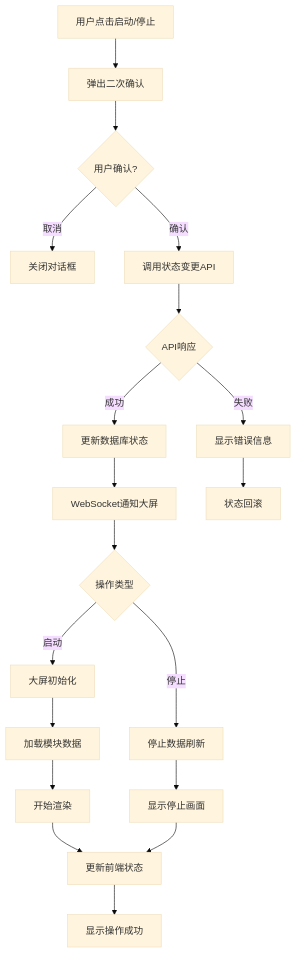
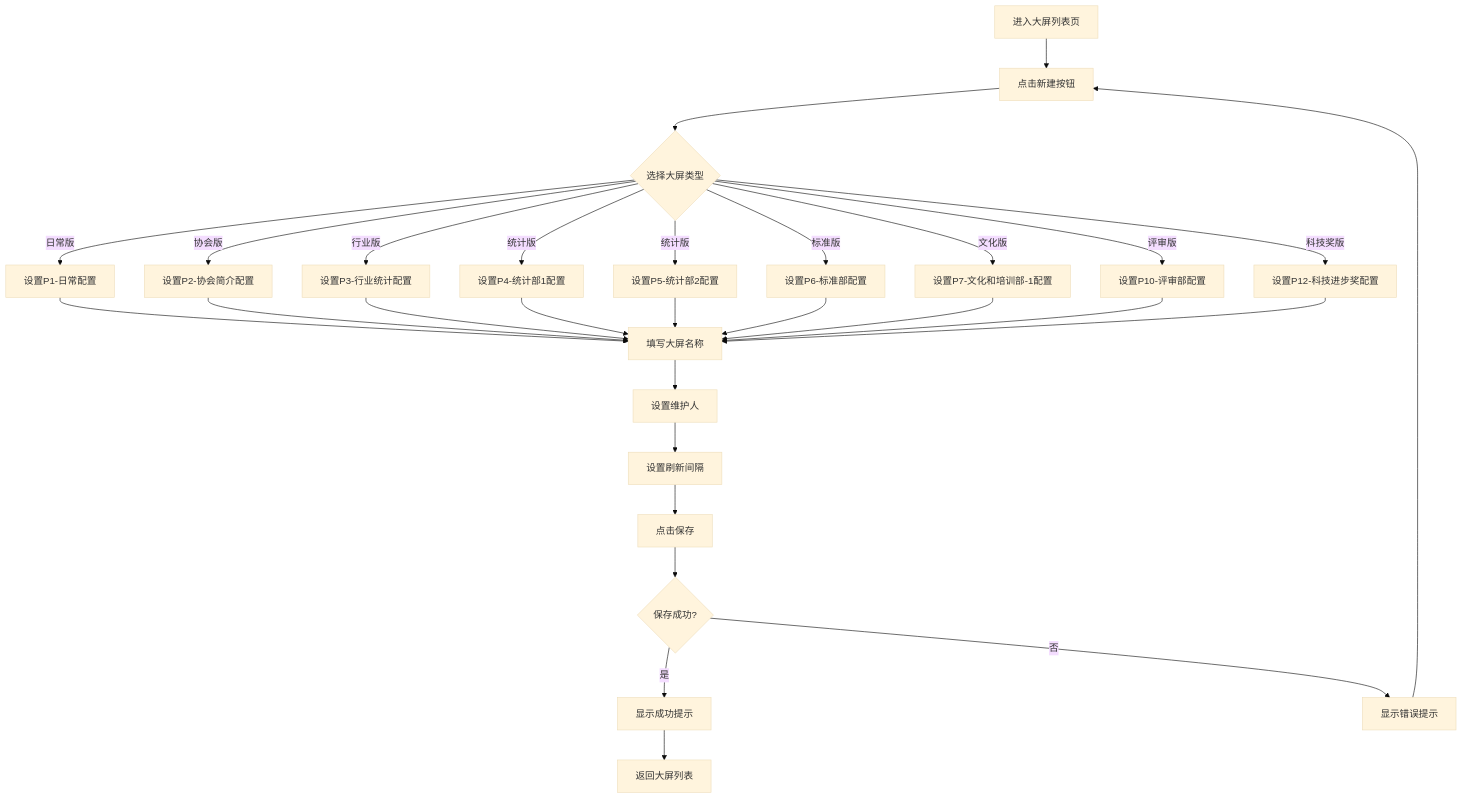
One commit to kcaaaa/people-metro-admin-v2 changed the fourth of 4 diagrams in 大屏管理需求设计文档.md. Above: the diagram before and after it, drawn with Mermaid (base theme). The commit also changed other lines of this file and 41 other files, not shown here.

````diff
--- a/大屏管理需求设计文档.md
+++ b/大屏管理需求设计文档.md
@@ -933,21 +498,31 @@
 ```mermaid
 graph TD
-    A[用户点击启动/停止] --> B[弹出二次确认]
-    B --> C{用户确认?}
-    C -->|取消| D[关闭对话框]
-    C -->|确认| E[调用状态变更API]
-    E --> F{API响应}
-    F -->|成功| G[更新数据库状态]
-    G --> H[WebSocket通知大屏]
-    H --> I{操作类型}
-    I -->|启动| J[大屏初始化]
-    J --> K[加载模块数据]
-    K --> L[开始渲染]
-    I -->|停止| M[停止数据刷新]
-    M --> N[显示停止画面]
-    L --> O[更新前端状态]
-    N --> O
-    O --> P[显示操作成功]
-    F -->|失败| Q[显示错误信息]
-    Q --> R[状态回滚]
+    A[进入大屏列表页] --> B[点击新建按钮]
+    B --> C{选择大屏类型}
+    C -->|日常版| D1[设置P1-日常配置]
+    C -->|协会版| D2[设置P2-协会简介配置]
+    C -->|行业版| D3[设置P3-行业统计配置]
+    C -->|统计版| D4[设置P4-统计部1配置]
+    C -->|统计版| D5[设置P5-统计部2配置]
+    C -->|标准版| D6[设置P6-标准部配置]
+    C -->|文化版| D7[设置P7-文化和培训部-1配置]
+    C -->|评审版| D8[设置P10-评审部配置]
+    C -->|科技奖版| D9[设置P12-科技进步奖配置]
+    D1 --> E[填写大屏名称]
+    D2 --> E
+    D3 --> E
+    D4 --> E
+    D5 --> E
+    D6 --> E
+    D7 --> E
+    D8 --> E
+    D9 --> E
+    E --> F[设置维护人]
+    F --> G[设置刷新间隔]
+    G --> H[点击保存]
+    H --> I{保存成功?}
+    I --> |是| J[显示成功提示]
+    I --> |否| K[显示错误提示]
+    J --> L[返回大屏列表]
+    K --> B
 ```
````
